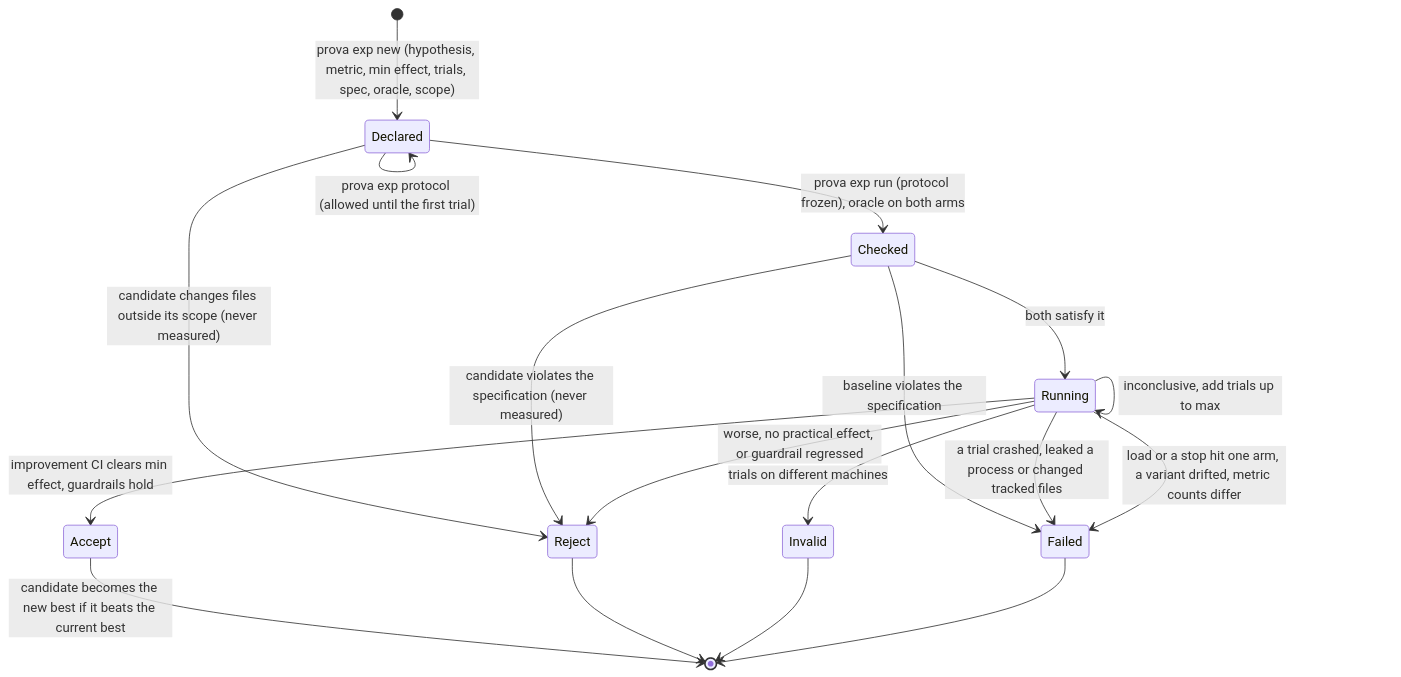
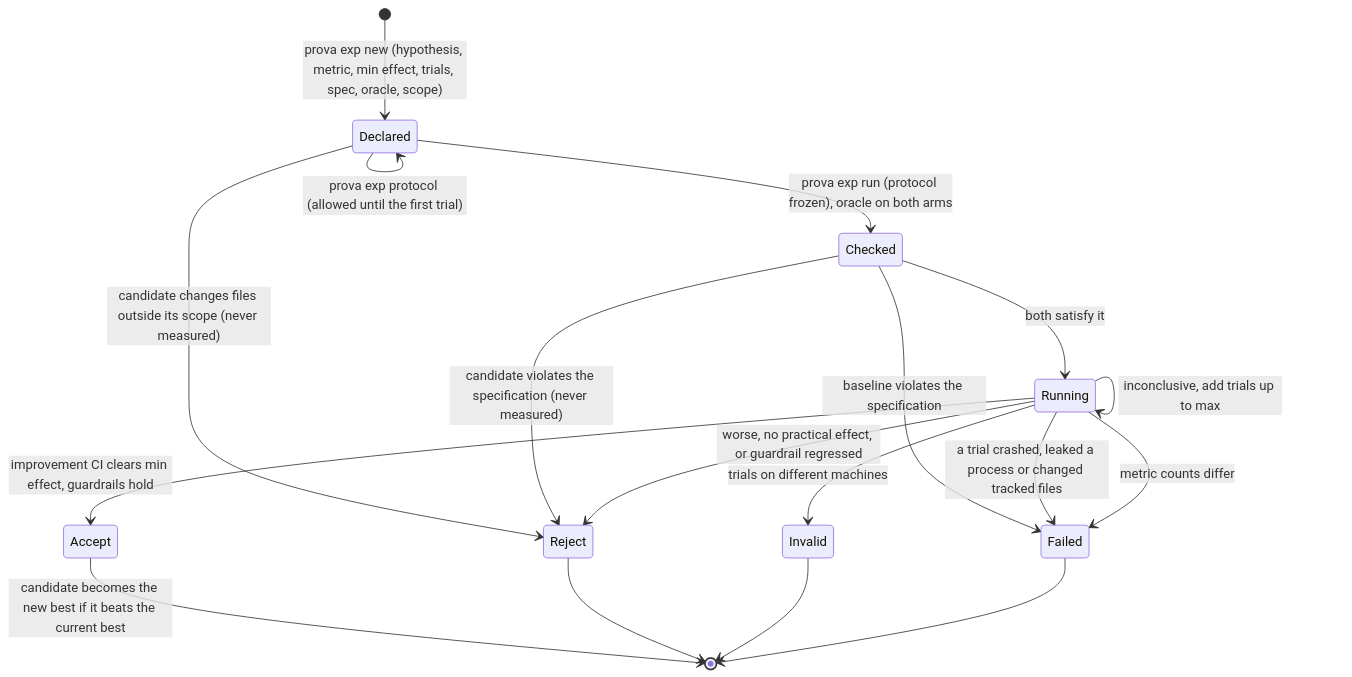
One commit to fals/prova changed the sixth of 7 diagrams in docs/architecture.md. Above: the diagram before and after it, drawn with Mermaid. The commit also changed other lines of this file and 6 other files, not shown here.

````diff
--- a/docs/architecture.md
+++ b/docs/architecture.md
@@ -272,21 +272,21 @@
 ```mermaid
 stateDiagram-v2
     [*] --> Declared: prova exp new (hypothesis, metric, min effect, trials, spec, oracle, scope)
     Declared --> Declared: prova exp protocol (allowed until the first trial)
     Declared --> Reject: candidate changes files outside its scope (never measured)
     Declared --> Checked: prova exp run (protocol frozen), oracle on both arms
     Checked --> Reject: candidate violates the specification (never measured)
     Checked --> Failed: baseline violates the specification
     Checked --> Running: both satisfy it
     Running --> Running: pairs AB, BA, AB, ... (ABBA)
     Running --> Running: inconclusive, add trials up to max
     Running --> Accept: improvement CI clears min effect, guardrails hold
     Running --> Reject: worse, no practical effect, or guardrail regressed
     Running --> Invalid: trials on different machines
     Running --> Failed: a trial crashed, leaked a process or changed tracked files
-    Running --> Failed: load or a stop hit one arm, a variant drifted, metric counts differ
+    Running --> Failed: metric counts differ
     Accept --> [*]: candidate becomes the new best if it beats the current best
     Reject --> [*]
     Invalid --> [*]
     Failed --> [*]
 ```
````
